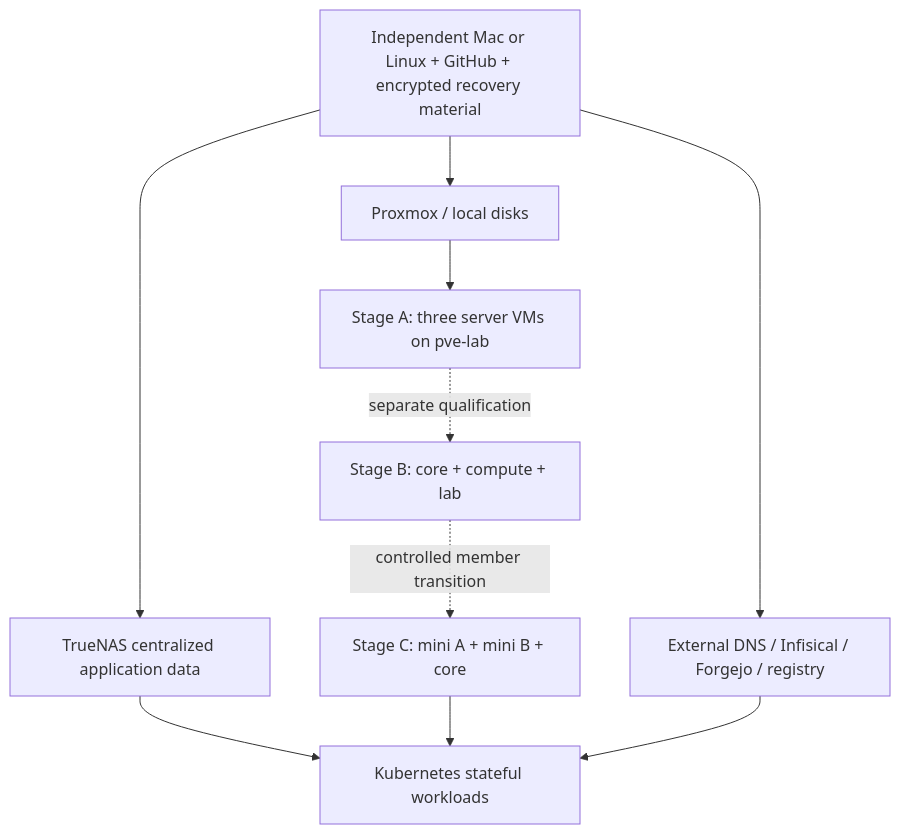
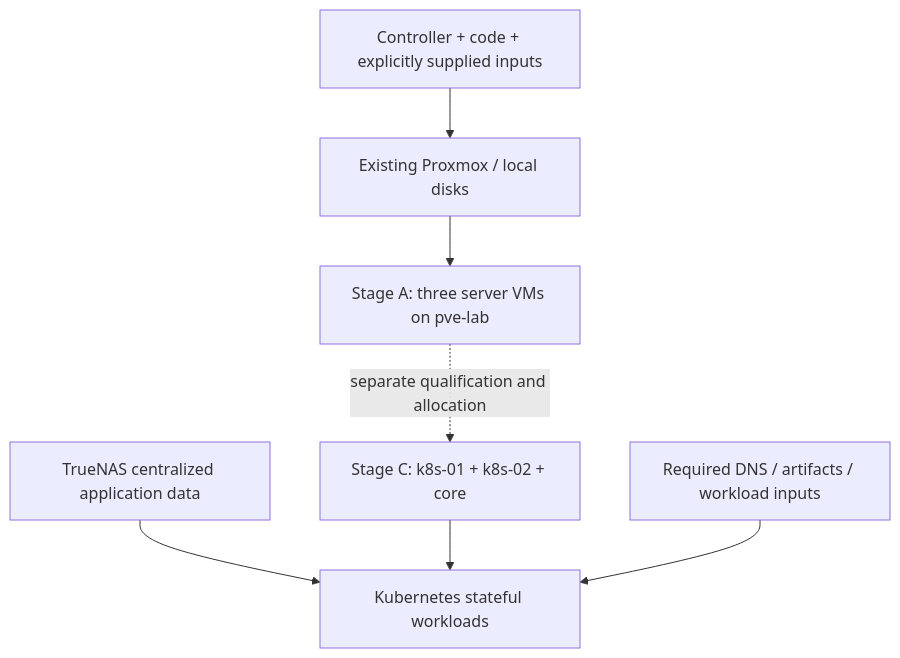
Before and after one commit to doku-code/homelab-iac: the diagram in docs/architecture.md, drawn with Mermaid. The commit also changed other lines of this file and 17 other files, not shown here.

Commit message:
docs(architecture): reconcile inputs and physical target

````diff
--- a/docs/architecture.md
+++ b/docs/architecture.md
@@ -67,12 +96,9 @@
 ```mermaid
 flowchart TD
-  X[Independent Mac or Linux + GitHub + encrypted recovery material] --> P[Proxmox / local disks]
+  X[Controller + code + explicitly supplied inputs] --> P[Existing Proxmox / local disks]
   P --> A[Stage A: three server VMs on pve-lab]
-  A -. separate qualification .-> B[Stage B: core + compute + lab]
-  B -. controlled member transition .-> C[Stage C: mini A + mini B + core]
+  A -. separate qualification and allocation .-> C[Stage C: k8s-01 + k8s-02 + core]
   N[TrueNAS centralized application data] --> W[Kubernetes stateful workloads]
   C --> W
-  E[External DNS / Infisical / Forgejo / registry] --> W
-  X --> E
-  X --> N
+  E[Required DNS / artifacts / workload inputs] --> W
 ```
````
